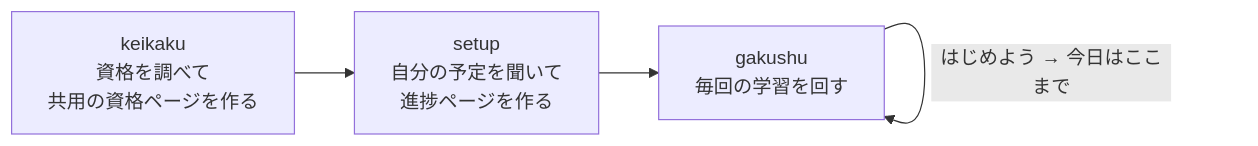
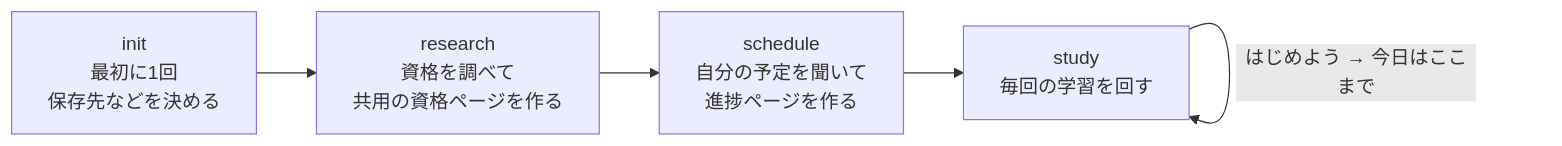
Before and after one commit to mochico50/study-plugins: the first of 2 diagrams in plugins/shikaku/README.md, drawn with Mermaid. The commit also changed other lines of this file and 8 other files, not shown here.

````diff
--- a/plugins/shikaku/README.md
+++ b/plugins/shikaku/README.md
@@ -5,6 +5,7 @@
 ```mermaid
 flowchart LR
-    A["keikaku<br>資格を調べて<br>共用の資格ページを作る"] --> B["setup<br>自分の予定を聞いて<br>進捗ページを作る"]
-    B --> C["gakushu<br>毎回の学習を回す"]
+    I["init<br>最初に1回<br>保存先などを決める"] --> A["research<br>資格を調べて<br>共用の資格ページを作る"]
+    A --> B["schedule<br>自分の予定を聞いて<br>進捗ページを作る"]
+    B --> C["study<br>毎回の学習を回す"]
     C -->|"はじめよう → 今日はここまで"| C
 ```
````
